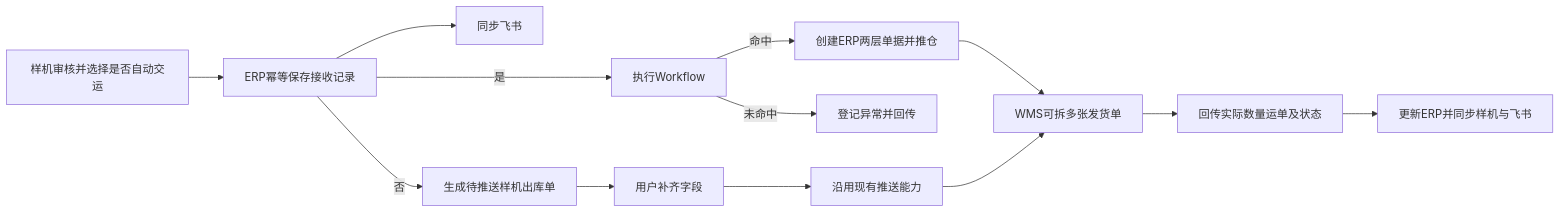
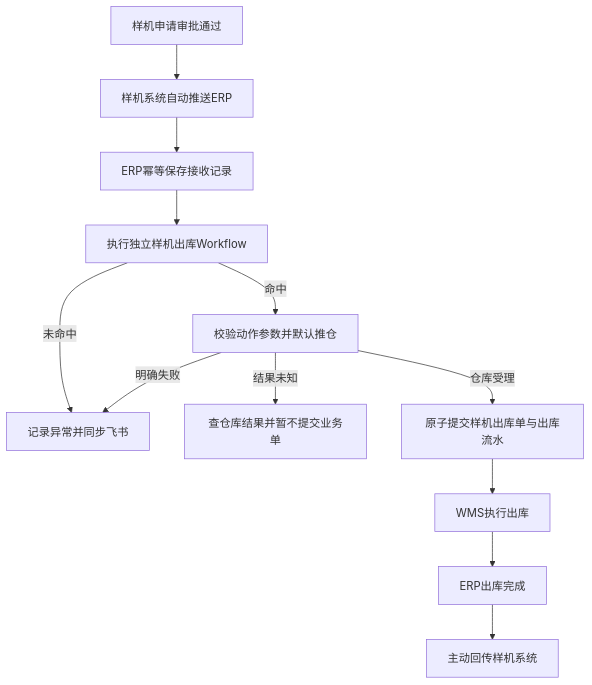
Before and after one commit to arlo-hello/erp-ai-docs-arlo: the first of 2 diagrams in docs/v0.28.7/tasks/0208/product-plan.md, drawn with Mermaid. The commit also changed other lines of this file and 9 other files, not shown here.

````diff
--- a/docs/v0.28.7/tasks/0208/product-plan.md
+++ b/docs/v0.28.7/tasks/0208/product-plan.md
@@ -52,15 +45,14 @@
 ```mermaid
-flowchart LR
-  A[样机审核并选择是否自动交运] --> B[ERP幂等保存接收记录]
-  B --> C[同步飞书]
-  B -->|是| D[执行Workflow]
-  D -->|命中| E[创建ERP两层单据并推仓]
-  D -->|未命中| X[登记异常并回传]
-  B -->|否| F[生成待推送样机出库单]
-  F --> G[用户补齐字段]
-  G --> H[沿用现有推送能力]
-  E --> I[WMS可拆多张发货单]
-  H --> I
-  I --> J[回传实际数量运单及状态]
-  J --> K[更新ERP并同步样机与飞书]
+flowchart TD
+  A[样机申请审批通过] --> B[样机系统自动推送ERP]
+  B --> C[ERP幂等保存接收记录]
+  C --> D[执行独立样机出库Workflow]
+  D -->|未命中| X[记录异常并同步飞书]
+  D -->|命中| E[校验动作参数并默认推仓]
+  E -->|明确失败| X
+  E -->|结果未知| Y[查仓库结果并暂不提交业务单]
+  E -->|仓库受理| F[原子提交样机出库单与出库流水]
+  F --> G[WMS执行出库]
+  G --> H[ERP出库完成]
+  H --> I[主动回传样机系统]
 ```
````
